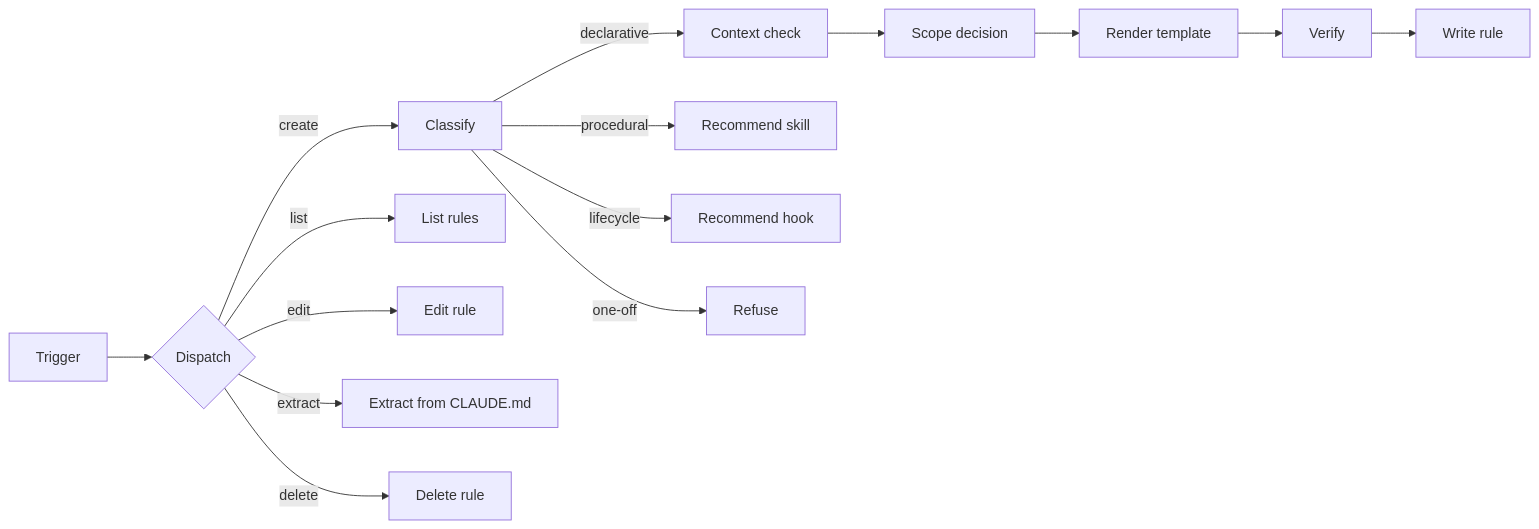
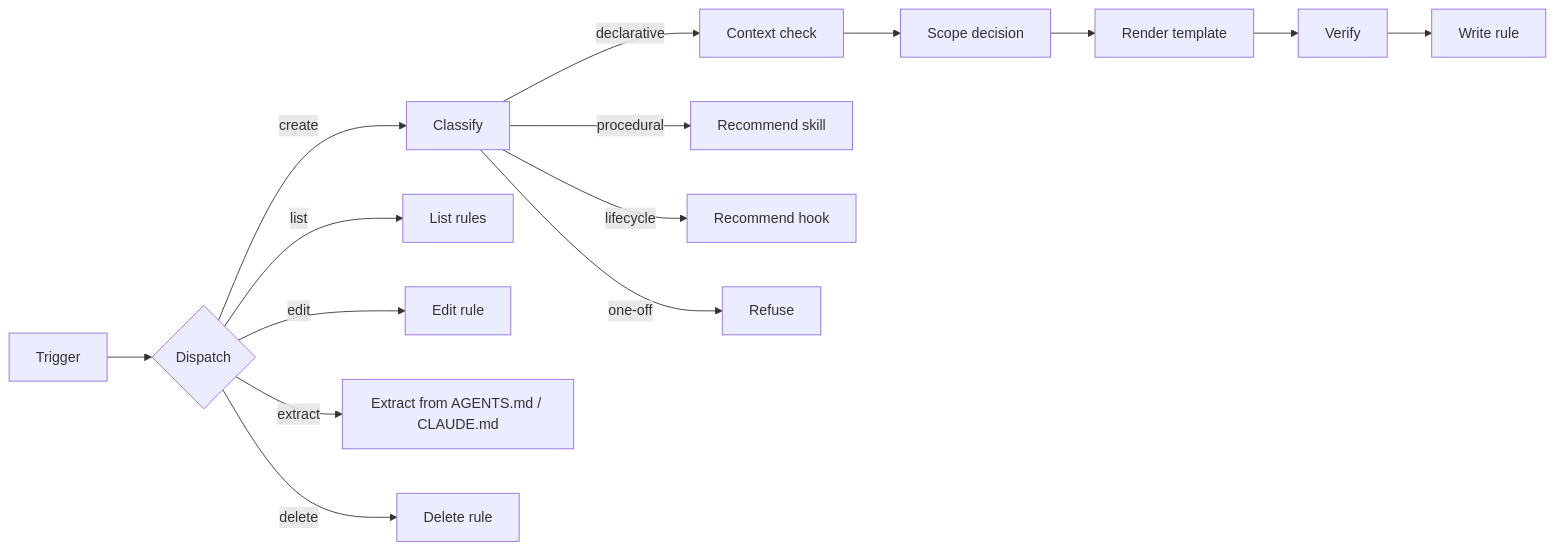
Before and after one commit to adeonir/agent-skills: the diagram in skills/engineering/rule-creator/README.md, drawn with Mermaid. The commit also changed other lines of this file and 4 other files, not shown here.

Commit message:
docs: standardize AGENTS.md / CLAUDE.md mentions across skills

````diff
--- a/skills/engineering/rule-creator/README.md
+++ b/skills/engineering/rule-creator/README.md
@@ -9,17 +9,17 @@
 ```mermaid
 flowchart LR
     T[Trigger] --> D{Dispatch}
     D -->|create| C[Classify]
     C -->|declarative| X[Context check]
     C -->|procedural| SK[Recommend skill]
     C -->|lifecycle| HK[Recommend hook]
     C -->|one-off| OF[Refuse]
     X --> S[Scope decision]
     S --> R[Render template]
     R --> V[Verify]
     V --> W[Write rule]
     D -->|list| L[List rules]
     D -->|edit| E[Edit rule]
-    D -->|extract| EX[Extract from CLAUDE.md]
+    D -->|extract| EX[Extract from AGENTS.md / CLAUDE.md]
     D -->|delete| DL[Delete rule]
 ```
````
